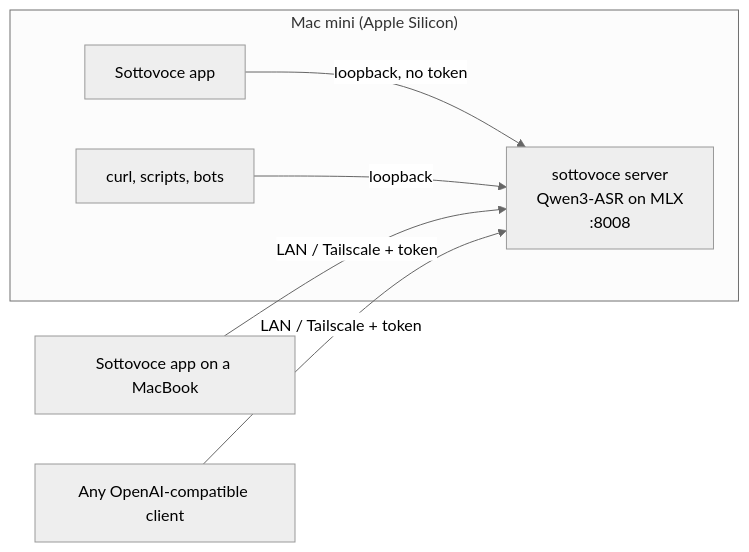
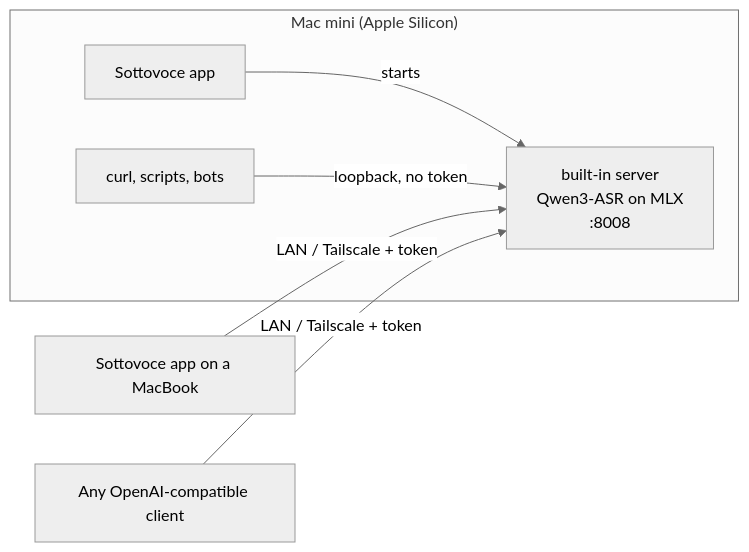
The diagram in README.md (hotic/sottovoce), drawn with Mermaid (neutral theme) before and after one commit. The commit also changed other lines of this file and 2 other files, not shown here.

Commit message:
docs: install from the DMG and document the built-in server and releasing

````diff
--- a/README.md
+++ b/README.md
@@ -35,10 +35,9 @@
 ```mermaid
 flowchart LR
   subgraph Server["Mac mini (Apple Silicon)"]
-    S["sottovoce server<br/>Qwen3-ASR on MLX<br/>:8008"]
-    A1["Sottovoce app"] -->|loopback, no token| S
-    C1["curl, scripts, bots"] -->|loopback| S
+    A1["Sottovoce app"] -->|starts| S["built-in server<br/>Qwen3-ASR on MLX<br/>:8008"]
+    C1["curl, scripts, bots"] -->|loopback, no token| S
   end
   A2["Sottovoce app on a MacBook"] -->|LAN / Tailscale + token| S
   C2["Any OpenAI-compatible client"] -->|LAN / Tailscale + token| S
 ```
````
